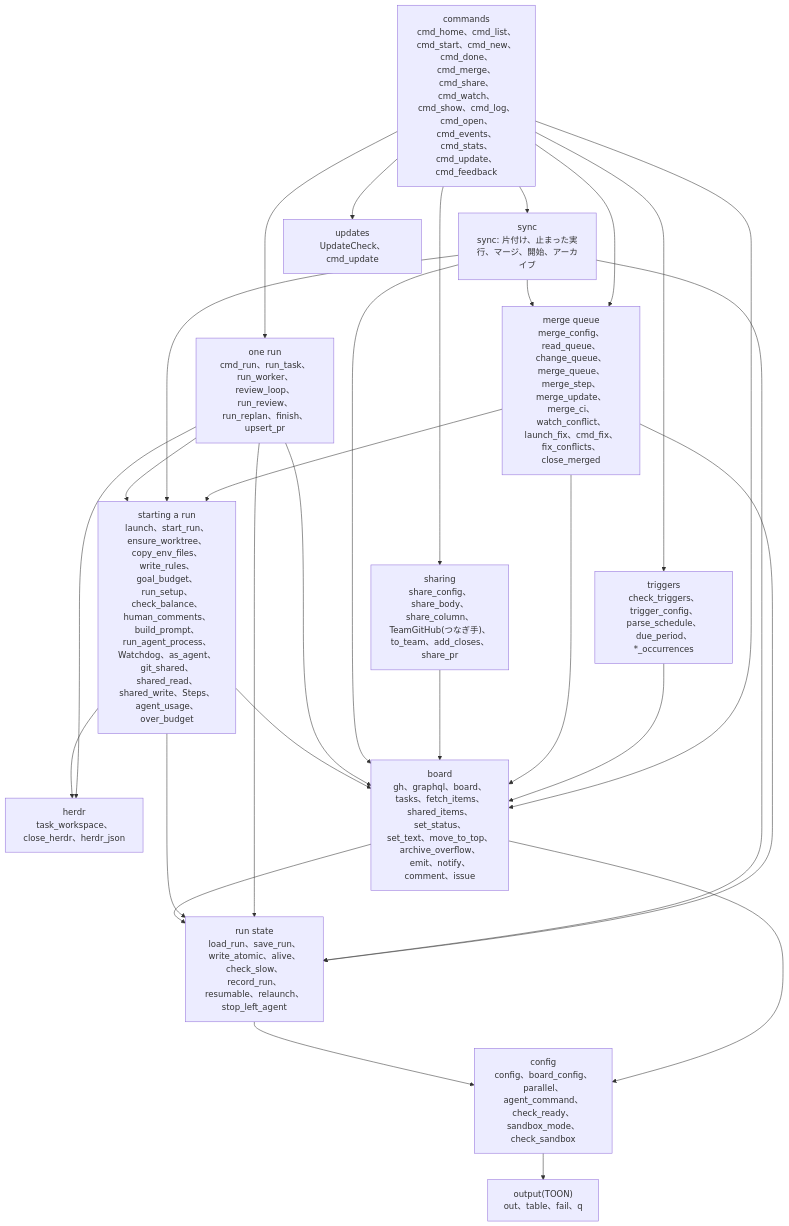
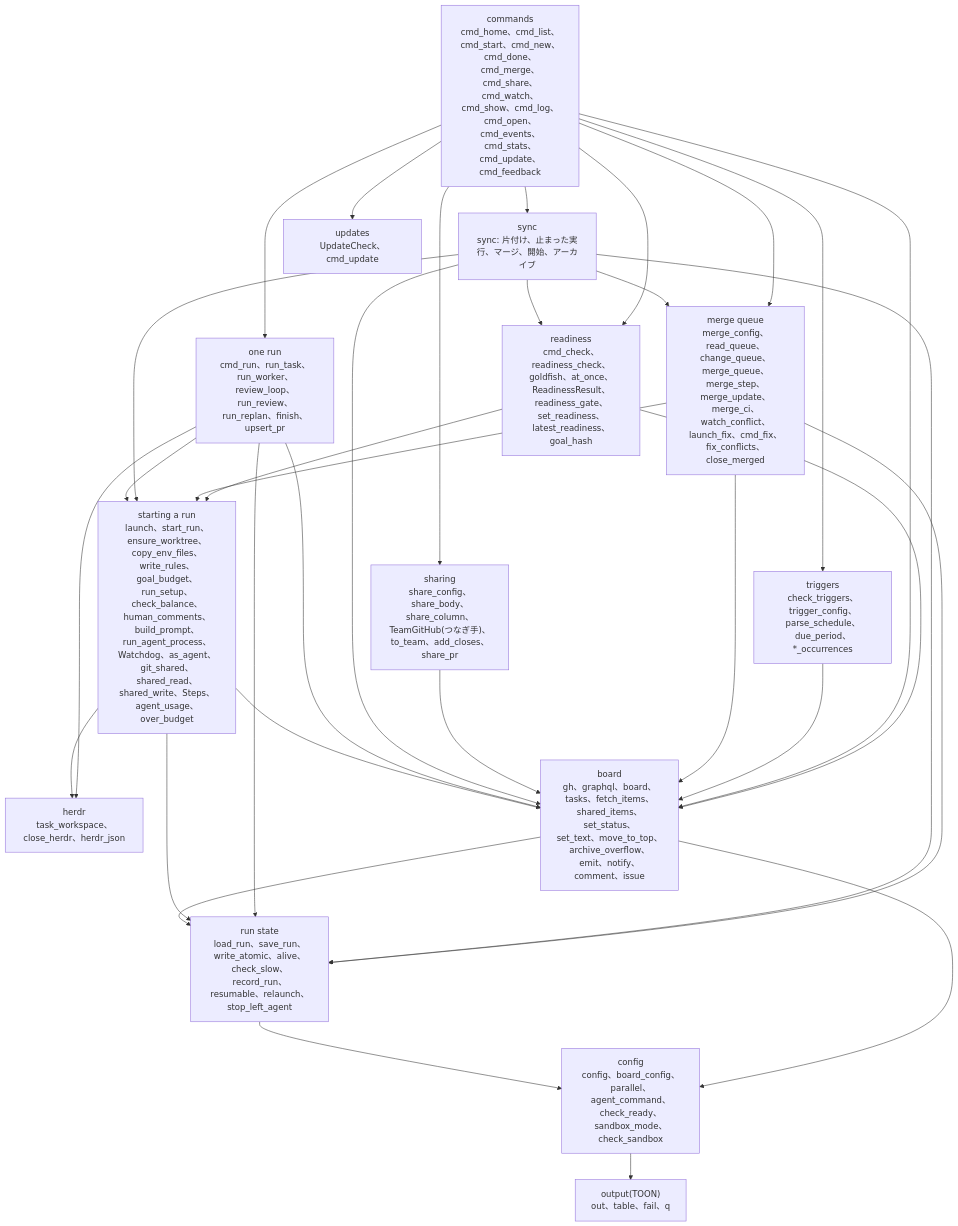
One commit to jyoka/task-hub changed the first of 10 diagrams in docs/architecture/lld.md. Above: the diagram before and after it, drawn with Mermaid. The commit also changed other lines of this file and 11 other files, not shown here.

Commit message:
task 252: EGM (1/3): Goldfish Readiness gate — Ready の前に Goal を zero-context で GO/NO-GO 判定する

````diff
--- a/docs/architecture/lld.md
+++ b/docs/architecture/lld.md
@@ -11,44 +11,49 @@
 ```mermaid
 flowchart TB
     commands["commands<br/>cmd_home、cmd_list、cmd_start、cmd_new、cmd_done、cmd_merge、cmd_share、cmd_watch、<br/>cmd_show、cmd_log、cmd_open、cmd_events、cmd_stats、cmd_update、cmd_feedback"]
     mergeq["merge queue<br/>merge_config、read_queue、change_queue、merge_queue、merge_step、merge_update、merge_ci、<br/>watch_conflict、launch_fix、cmd_fix、fix_conflicts、close_merged"]
     sharing["sharing<br/>share_config、share_body、share_column、TeamGitHub(つなぎ手)、to_team、add_closes、share_pr"]
     sync["sync<br/>sync: 片付け、止まった実行、マージ、開始、アーカイブ"]
+    readiness["readiness<br/>cmd_check、readiness_check、goldfish、at_once、ReadinessResult、readiness_gate、<br/>set_readiness、latest_readiness、goal_hash"]
     runone["one run<br/>cmd_run、run_task、run_worker、review_loop、run_review、run_replan、finish、upsert_pr"]
     start["starting a run<br/>launch、start_run、ensure_worktree、copy_env_files、write_rules、goal_budget、run_setup、check_balance、human_comments、build_prompt、<br/>run_agent_process、Watchdog、as_agent、git_shared、shared_read、shared_write、Steps、agent_usage、over_budget"]
     herdr["herdr<br/>task_workspace、close_herdr、herdr_json"]
     runstate["run state<br/>load_run、save_run、write_atomic、alive、check_slow、record_run、<br/>resumable、relaunch、stop_left_agent"]
     boardl["board<br/>gh、graphql、board、tasks、fetch_items、shared_items、set_status、<br/>set_text、move_to_top、archive_overflow、emit、notify、comment、issue"]
     config["config<br/>config、board_config、parallel、agent_command、check_ready、sandbox_mode、check_sandbox"]
     output["output(TOON)<br/>out、table、fail、q"]
     updates["updates<br/>UpdateCheck、cmd_update"]
     triggers["triggers<br/>check_triggers、trigger_config、parse_schedule、due_period、*_occurrences"]
 
     commands --> sync
     commands --> runone
+    commands --> readiness
+    sync --> readiness
+    readiness --> start
+    readiness --> boardl
     commands --> boardl
     commands --> updates
     commands --> triggers
     triggers --> boardl
     commands --> sharing
     commands --> mergeq
     sync --> mergeq
     mergeq --> start
     mergeq --> boardl
     mergeq --> runstate
     sharing --> boardl
     sync --> start
     sync --> boardl
     sync --> runstate
     runone --> start
     runone --> boardl
     runone --> runstate
     runone --> herdr
     start --> herdr
     start --> runstate
     start --> boardl
     boardl --> runstate
     boardl --> config
     runstate --> config
     config --> output
 ```
````
